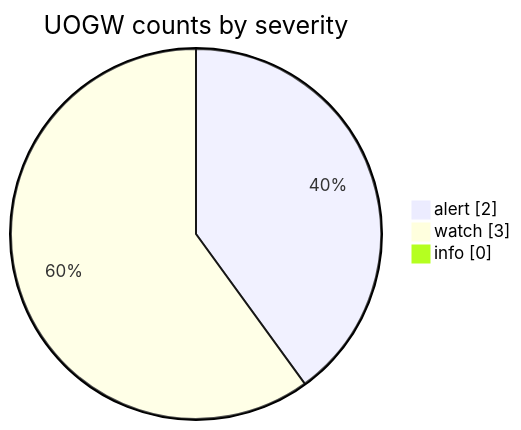
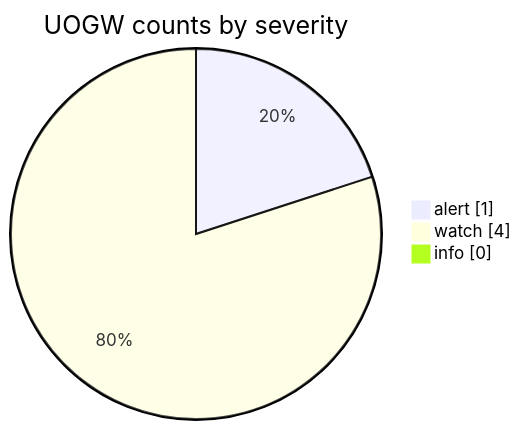
The fourth of 6 diagrams in docs/GRAPHS.md (Midwest-Stratospheric/aerostratospheric-defense-gir), drawn with Mermaid before and after one commit. The commit also changed other lines of this file and 24 other files, not shown here.

````diff
--- a/docs/GRAPHS.md
+++ b/docs/GRAPHS.md
@@ -66,7 +66,7 @@
 ```mermaid
 pie showData
   title UOGW counts by severity
-  "alert" : 2
-  "watch" : 3
+  "alert" : 1
+  "watch" : 4
   "info" : 0
 ```
````
